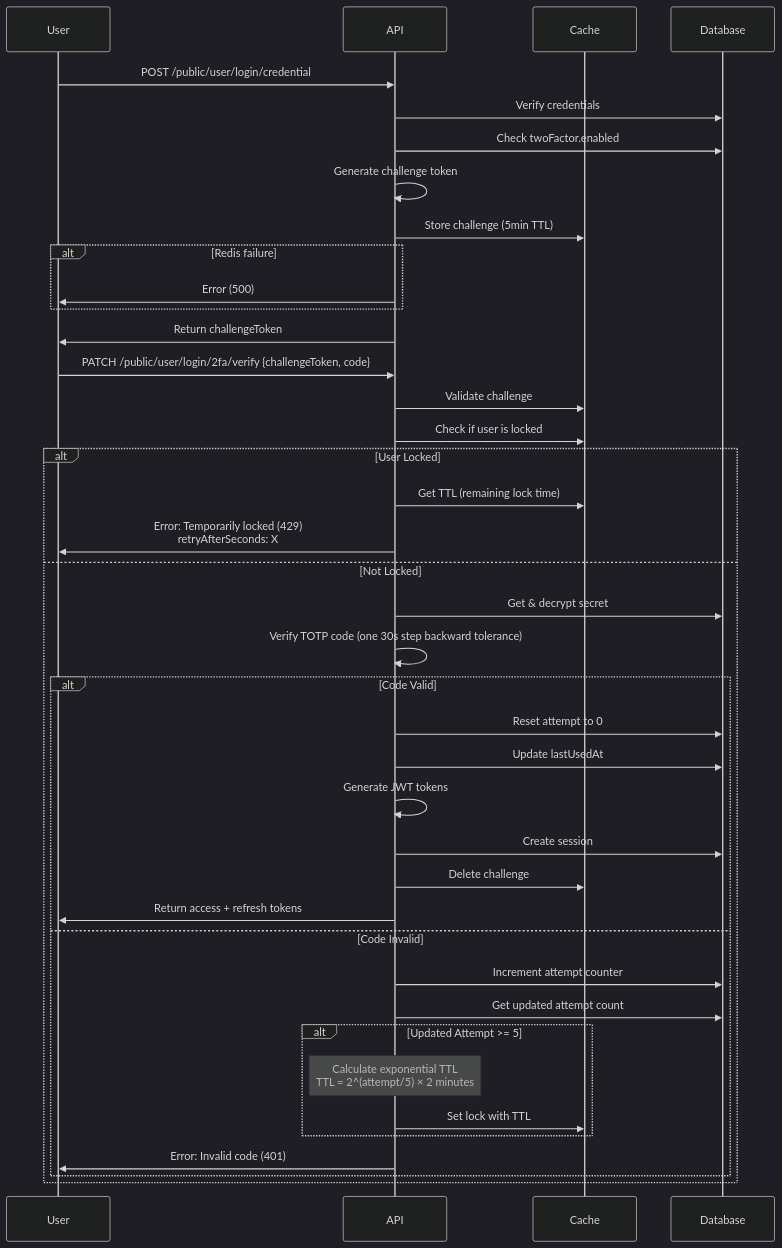
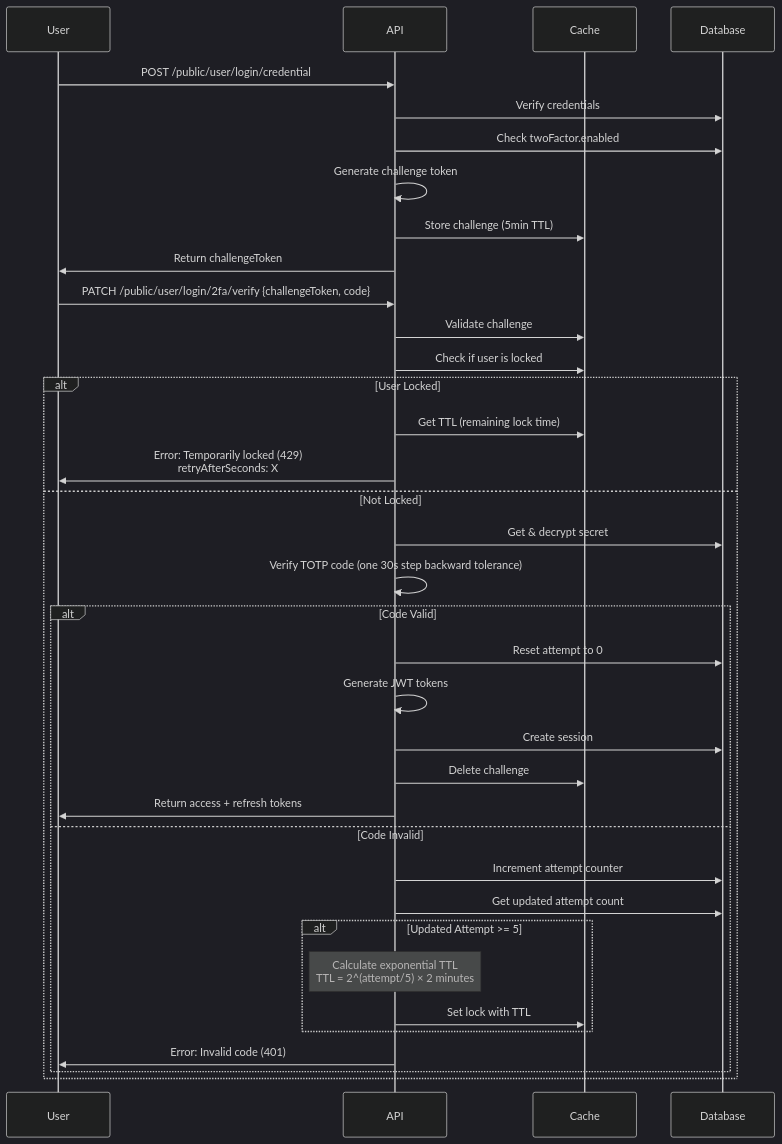
The second of 9 diagrams in docs/two-factor.md (andrechristikan/ack-nestjs-boilerplate), drawn with Mermaid (dark theme) before and after one commit. The commit also changed other lines of this file and 1480 other files, not shown here.

````diff
--- a/docs/two-factor.md
+++ b/docs/two-factor.md
@@ -240,43 +212,39 @@
 ```mermaid
 sequenceDiagram
     participant User
     participant API
     participant Cache
     participant Database
 
     User->>API: POST /public/user/login/credential
     API->>Database: Verify credentials
     API->>Database: Check twoFactor.enabled
     API->>API: Generate challenge token
     API->>Cache: Store challenge (5min TTL)
-    alt Redis failure
-        API->>User: Error (500)
-    end
     API->>User: Return challengeToken
     User->>API: PATCH /public/user/login/2fa/verify {challengeToken, code}
     API->>Cache: Validate challenge
     API->>Cache: Check if user is locked
     alt User Locked
         API->>Cache: Get TTL (remaining lock time)
         API->>User: Error: Temporarily locked (429)<br/>retryAfterSeconds: X
     else Not Locked
         API->>Database: Get & decrypt secret
         API->>API: Verify TOTP code (one 30s step backward tolerance)
         alt Code Valid
             API->>Database: Reset attempt to 0
-            API->>Database: Update lastUsedAt
             API->>API: Generate JWT tokens
             API->>Database: Create session
             API->>Cache: Delete challenge
             API->>User: Return access + refresh tokens
         else Code Invalid
             API->>Database: Increment attempt counter
             API->>Database: Get updated attempt count
             alt Updated Attempt >= 5
                 Note over API: Calculate exponential TTL<br/>TTL = 2^(attempt/5) × 2 minutes
                 API->>Cache: Set lock with TTL
             end
             API->>User: Error: Invalid code (401)
         end
     end
 ```
````
